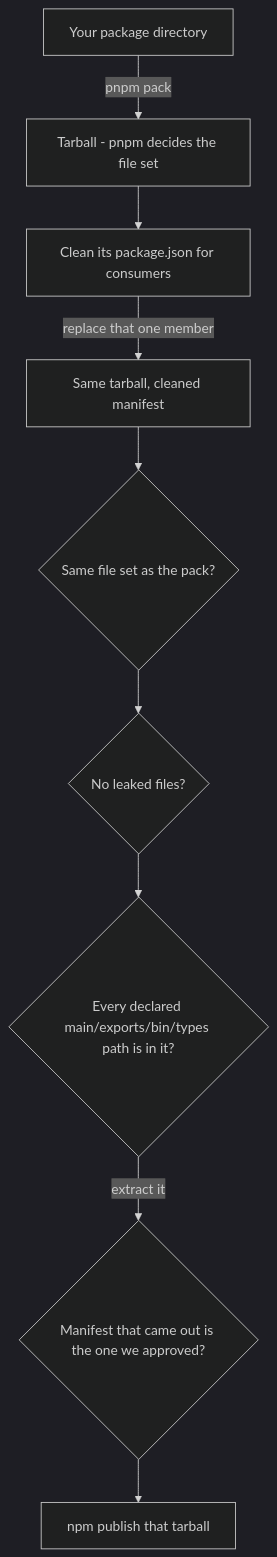
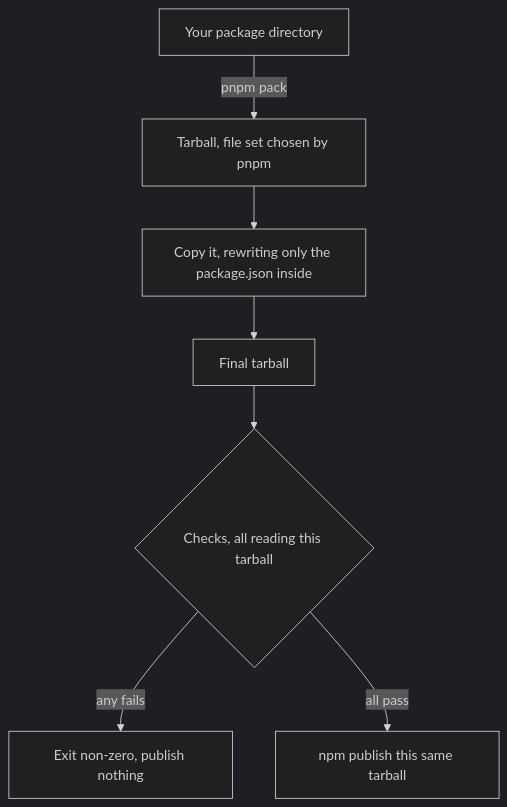
The diagram in README.md (Anizoptera/publish-clean), drawn with Mermaid (dark theme) before and after one commit. The commit also changed other lines of this file and 3 other files, not shown here.

````diff
--- a/README.md
+++ b/README.md
@@ -185,11 +185,9 @@
 ```mermaid
 flowchart TD
-  A[Your package directory] -->|pnpm pack| B[Tarball - pnpm decides the file set]
-  B --> C[Clean its package.json for consumers]
-  C -->|replace that one member| D[Same tarball, cleaned manifest]
-  D --> E{Same file set as the pack?}
-  E --> F{No leaked files?}
-  F --> G{Every declared main/exports/bin/types path is in it?}
-  G -->|extract it| H{Manifest that came out is the one we approved?}
-  H --> I[npm publish that tarball]
+  A[Your package directory] -->|pnpm pack| B[Tarball, file set chosen by pnpm]
+  B --> C[Copy it, rewriting only the package.json inside]
+  C --> D[Final tarball]
+  D --> E{Checks, all reading this tarball}
+  E -->|any fails| F[Exit non-zero, publish nothing]
+  E -->|all pass| G[npm publish this same tarball]
 ```
````
